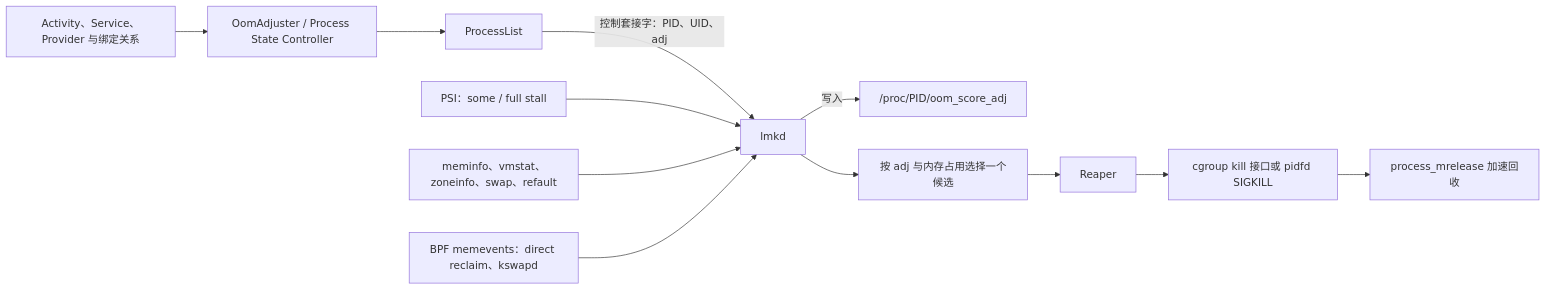
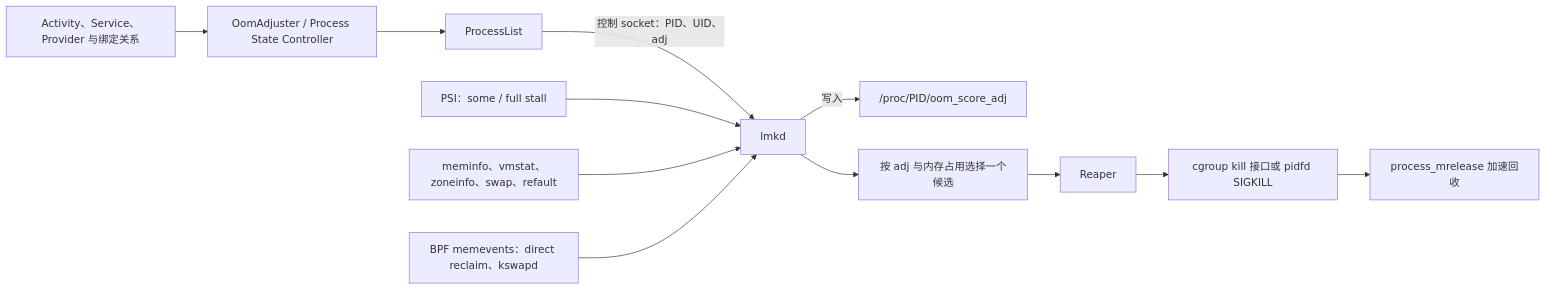
One commit to Gracker/android-internals-wiki changed the diagram in src/part1-fundamentals/ch04-memory/04-lmk.md. Above: the diagram before and after it, drawn with Mermaid. The commit also changed other lines of this file and 4 other files, not shown here.

````diff
--- a/src/part1-fundamentals/ch04-memory/04-lmk.md
+++ b/src/part1-fundamentals/ch04-memory/04-lmk.md
@@ -55,16 +55,16 @@
 ```mermaid
 flowchart LR
     lifecycle["Activity、Service、Provider 与绑定关系"] --> adjuster["OomAdjuster / Process State Controller"]
     adjuster --> processlist["ProcessList"]
-    processlist -->|"控制套接字：PID、UID、adj"| lmkd["lmkd"]
+    processlist -->|"控制 socket：PID、UID、adj"| lmkd["lmkd"]
     lmkd -->|"写入"| procfs["/proc/PID/oom_score_adj"]
 
     psi["PSI：some / full stall"] --> lmkd
     memory["meminfo、vmstat、zoneinfo、swap、refault"] --> lmkd
     memevents["BPF memevents：direct reclaim、kswapd"] --> lmkd
 
     lmkd --> candidate["按 adj 与内存占用选择一个候选"]
     candidate --> reaper["Reaper"]
     reaper --> terminate["cgroup kill 接口或 pidfd SIGKILL"]
     terminate --> release["process_mrelease 加速回收"]
 ```
````
